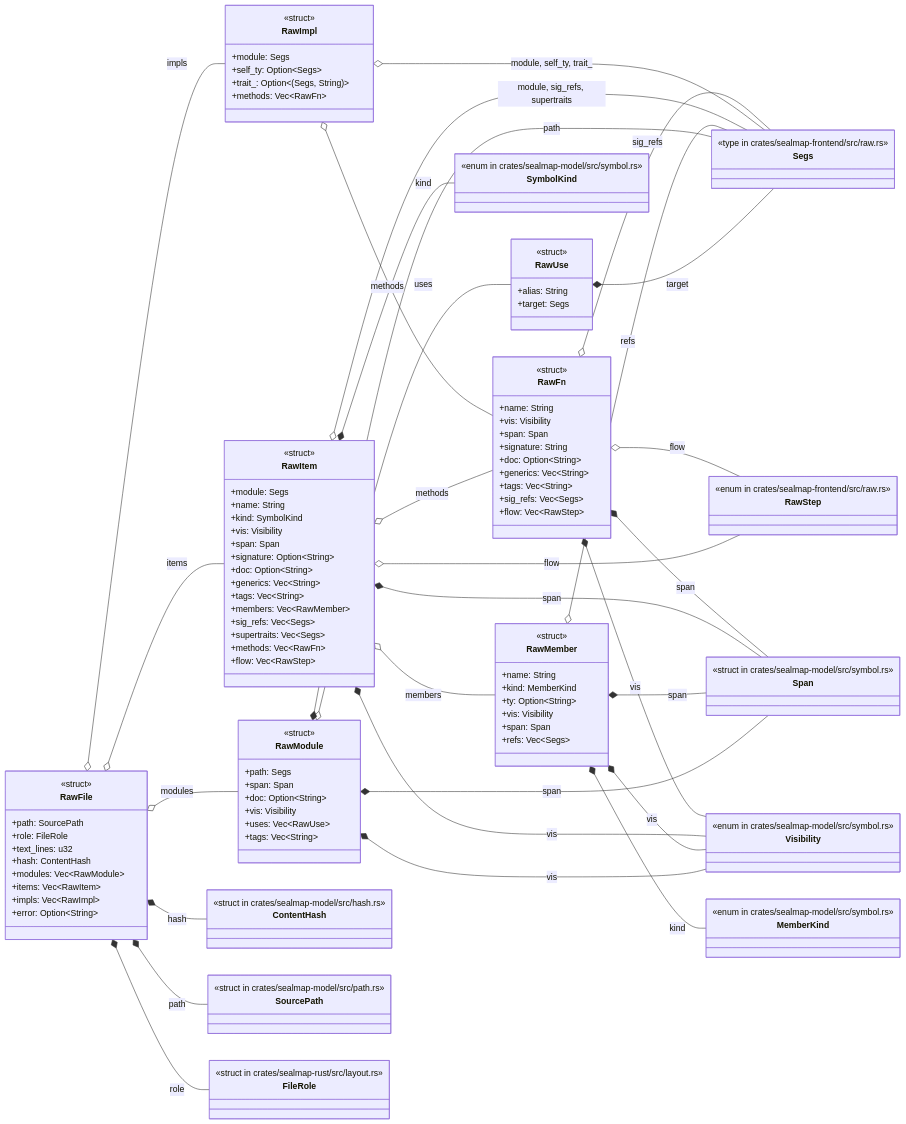
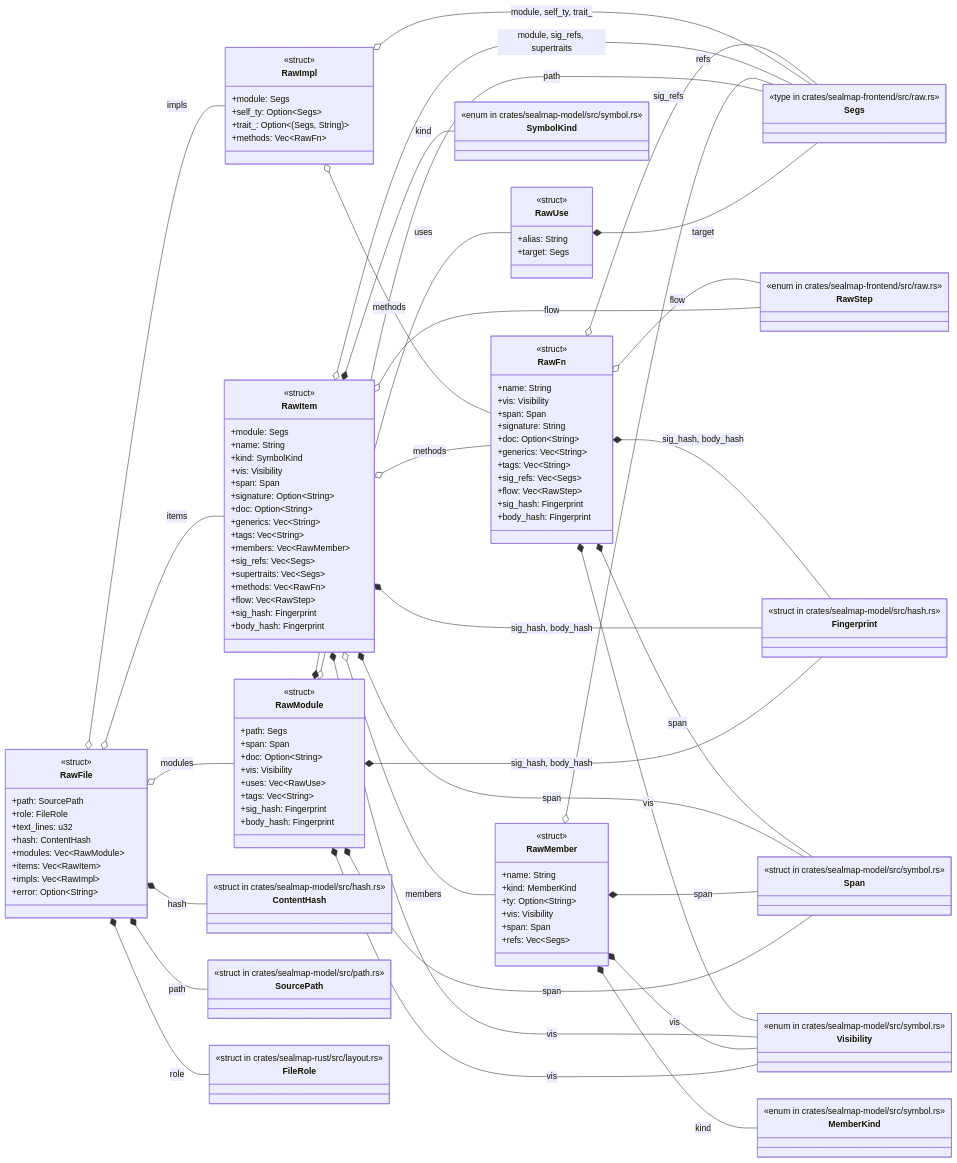
The diagram in docs/sealmap/crates/sealmap-rust/src/raw.rs.md (DreamLab-AI/codemaid), drawn with Mermaid before and after one commit. The commit also changed other lines of this file and 45 other files, not shown here.

First line of the commit message:
docs: regenerate the self-corpus for sym: ids and schema v2

````diff
--- a/docs/sealmap/crates/sealmap-rust/src/raw.rs.md
+++ b/docs/sealmap/crates/sealmap-rust/src/raw.rs.md
@@ -14,7 +14,7 @@
 ```mermaid
 classDiagram
   direction LR
-  class sealmap_rust__raw__RawFile["RawFile"] {
+  class sealmap_rust__raw___tRawFile["RawFile"] {
     <<struct>>
     +path: SourcePath
     +role: FileRole
@@ -25,7 +25,7 @@
     +impls: Vec#lt;RawImpl#gt;
     +error: Option#lt;String#gt;
   }
-  class sealmap_rust__raw__RawFn["RawFn"] {
+  class sealmap_rust__raw___tRawFn["RawFn"] {
     <<struct>>
     +name: String
     +vis: Visibility
@@ -36,15 +36,17 @@
     +tags: Vec#lt;String#gt;
     +sig_refs: Vec#lt;Segs#gt;
     +flow: Vec#lt;RawStep#gt;
+    +sig_hash: Fingerprint
+    +body_hash: Fingerprint
   }
-  class sealmap_rust__raw__RawImpl["RawImpl"] {
+  class sealmap_rust__raw___tRawImpl["RawImpl"] {
     <<struct>>
     +module: Segs
     +self_ty: Option#lt;Segs#gt;
     +trait_: Option#lt;#40;Segs, String#41;#gt;
     +methods: Vec#lt;RawFn#gt;
   }
-  class sealmap_rust__raw__RawItem["RawItem"] {
+  class sealmap_rust__raw___tRawItem["RawItem"] {
     <<struct>>
     +module: Segs
     +name: String
@@ -60,8 +62,10 @@
     +supertraits: Vec#lt;Segs#gt;
     +methods: Vec#lt;RawFn#gt;
     +flow: Vec#lt;RawStep#gt;
+    +sig_hash: Fingerprint
+    +body_hash: Fingerprint
   }
-  class sealmap_rust__raw__RawMember["RawMember"] {
+  class sealmap_rust__raw___tRawMember["RawMember"] {
     <<struct>>
     +name: String
     +kind: MemberKind
@@ -70,7 +74,7 @@
     +span: Span
     +refs: Vec#lt;Segs#gt;
   }
-  class sealmap_rust__raw__RawModule["RawModule"] {
+  class sealmap_rust__raw___tRawModule["RawModule"] {
     <<struct>>
     +path: Segs
     +span: Span
@@ -78,65 +82,73 @@
     +vis: Visibility
     +uses: Vec#lt;RawUse#gt;
     +tags: Vec#lt;String#gt;
+    +sig_hash: Fingerprint
+    +body_hash: Fingerprint
   }
-  class sealmap_rust__raw__RawUse["RawUse"] {
+  class sealmap_rust__raw___tRawUse["RawUse"] {
     <<struct>>
     +alias: String
     +target: Segs
   }
-  class sealmap_model__hash__ContentHash["ContentHash"] {
+  class sealmap_model__hash___tContentHash["ContentHash"] {
     <<struct in crates/sealmap-model/src/hash.rs>>
   }
-  class sealmap_model__path__SourcePath["SourcePath"] {
+  class sealmap_model__path___tSourcePath["SourcePath"] {
     <<struct in crates/sealmap-model/src/path.rs>>
   }
-  class sealmap_rust__layout__FileRole["FileRole"] {
+  class sealmap_rust__layout___tFileRole["FileRole"] {
     <<struct in crates/sealmap-rust/src/layout.rs>>
   }
-  class sealmap_frontend__raw__RawStep["RawStep"] {
+  class sealmap_frontend__raw___tRawStep["RawStep"] {
     <<enum in crates/sealmap-frontend/src/raw.rs>>
   }
-  class sealmap_frontend__raw__Segs["Segs"] {
+  class sealmap_frontend__raw___tSegs["Segs"] {
     <<type in crates/sealmap-frontend/src/raw.rs>>
   }
-  class sealmap_model__symbol__Span["Span"] {
+  class sealmap_model__hash___tFingerprint["Fingerprint"] {
+    <<struct in crates/sealmap-model/src/hash.rs>>
+  }
+  class sealmap_model__symbol___tSpan["Span"] {
     <<struct in crates/sealmap-model/src/symbol.rs>>
   }
-  class sealmap_model__symbol__Visibility["Visibility"] {
+  class sealmap_model__symbol___tVisibility["Visibility"] {
     <<enum in crates/sealmap-model/src/symbol.rs>>
   }
-  class sealmap_model__symbol__SymbolKind["SymbolKind"] {
+  class sealmap_model__symbol___tSymbolKind["SymbolKind"] {
     <<enum in crates/sealmap-model/src/symbol.rs>>
   }
-  class sealmap_model__symbol__MemberKind["MemberKind"] {
+  class sealmap_model__symbol___tMemberKind["MemberKind"] {
     <<enum in crates/sealmap-model/src/symbol.rs>>
   }
-  sealmap_rust__raw__RawFile *-- sealmap_model__hash__ContentHash : hash
-  sealmap_rust__raw__RawFile *-- sealmap_model__path__SourcePath : path
-  sealmap_rust__raw__RawFile *-- sealmap_rust__layout__FileRole : role
-  sealmap_rust__raw__RawFile o-- sealmap_rust__raw__RawImpl : impls
-  sealmap_rust__raw__RawFile o-- sealmap_rust__raw__RawItem : items
-  sealmap_rust__raw__RawFile o-- sealmap_rust__raw__RawModule : modules
-  sealmap_rust__raw__RawFn o-- sealmap_frontend__raw__RawStep : flow
-  sealmap_rust__raw__RawFn o-- sealmap_frontend__raw__Segs : sig_refs
-  sealmap_rust__raw__RawFn *-- sealmap_model__symbol__Span : span
-  sealmap_rust__raw__RawFn *-- sealmap_model__symbol__Visibility : vis
-  sealmap_rust__raw__RawImpl o-- sealmap_frontend__raw__Segs : module, self_ty, trait_
-  sealmap_rust__raw__RawImpl o-- sealmap_rust__raw__RawFn : methods
-  sealmap_rust__raw__RawItem o-- sealmap_frontend__raw__RawStep : flow
-  sealmap_rust__raw__RawItem o-- sealmap_frontend__raw__Segs : module, sig_refs, supertraits
-  sealmap_rust__raw__RawItem *-- sealmap_model__symbol__Span : span
-  sealmap_rust__raw__RawItem *-- sealmap_model__symbol__SymbolKind : kind
-  sealmap_rust__raw__RawItem *-- sealmap_model__symbol__Visibility : vis
-  sealmap_rust__raw__RawItem o-- sealmap_rust__raw__RawFn : methods
-  sealmap_rust__raw__RawItem o-- sealmap_rust__raw__RawMember : members
-  sealmap_rust__raw__RawMember o-- sealmap_frontend__raw__Segs : refs
-  sealmap_rust__raw__RawMember *-- sealmap_model__symbol__MemberKind : kind
-  sealmap_rust__raw__RawMember *-- sealmap_model__symbol__Span : span
-  sealmap_rust__raw__RawMember *-- sealmap_model__symbol__Visibility : vis
-  sealmap_rust__raw__RawModule *-- sealmap_frontend__raw__Segs : path
-  sealmap_rust__raw__RawModule *-- sealmap_model__symbol__Span : span
-  sealmap_rust__raw__RawModule *-- sealmap_model__symbol__Visibility : vis
-  sealmap_rust__raw__RawModule o-- sealmap_rust__raw__RawUse : uses
-  sealmap_rust__raw__RawUse *-- sealmap_frontend__raw__Segs : target
+  sealmap_rust__raw___tRawFile *-- sealmap_model__hash___tContentHash : hash
+  sealmap_rust__raw___tRawFile *-- sealmap_model__path___tSourcePath : path
+  sealmap_rust__raw___tRawFile *-- sealmap_rust__layout___tFileRole : role
+  sealmap_rust__raw___tRawFile o-- sealmap_rust__raw___tRawImpl : impls
+  sealmap_rust__raw___tRawFile o-- sealmap_rust__raw___tRawItem : items
+  sealmap_rust__raw___tRawFile o-- sealmap_rust__raw___tRawModule : modules
+  sealmap_rust__raw___tRawFn o-- sealmap_frontend__raw___tRawStep : flow
+  sealmap_rust__raw___tRawFn o-- sealmap_frontend__raw___tSegs : sig_refs
+  sealmap_rust__raw___tRawFn *-- sealmap_model__hash___tFingerprint : sig_hash, body_hash
+  sealmap_rust__raw___tRawFn *-- sealmap_model__symbol___tSpan : span
+  sealmap_rust__raw___tRawFn *-- sealmap_model__symbol___tVisibility : vis
+  sealmap_rust__raw___tRawImpl o-- sealmap_frontend__raw___tSegs : module, self_ty, trait_
+  sealmap_rust__raw___tRawImpl o-- sealmap_rust__raw___tRawFn : methods
+  sealmap_rust__raw___tRawItem o-- sealmap_frontend__raw___tRawStep : flow
+  sealmap_rust__raw___tRawItem o-- sealmap_frontend__raw___tSegs : module, sig_refs, supertraits
+  sealmap_rust__raw___tRawItem *-- sealmap_model__hash___tFingerprint : sig_hash, body_hash
+  sealmap_rust__raw___tRawItem *-- sealmap_model__symbol___tSpan : span
+  sealmap_rust__raw___tRawItem *-- sealmap_model__symbol___tSymbolKind : kind
+  sealmap_rust__raw___tRawItem *-- sealmap_model__symbol___tVisibility : vis
+  sealmap_rust__raw___tRawItem o-- sealmap_rust__raw___tRawFn : methods
+  sealmap_rust__raw___tRawItem o-- sealmap_rust__raw___tRawMember : members
+  sealmap_rust__raw___tRawMember o-- sealmap_frontend__raw___tSegs : refs
+  sealmap_rust__raw___tRawMember *-- sealmap_model__symbol___tMemberKind : kind
+  sealmap_rust__raw___tRawMember *-- sealmap_model__symbol___tSpan : span
+  sealmap_rust__raw___tRawMember *-- sealmap_model__symbol___tVisibility : vis
+  sealmap_rust__raw___tRawModule *-- sealmap_frontend__raw___tSegs : path
+  sealmap_rust__raw___tRawModule *-- sealmap_model__hash___tFingerprint : sig_hash, body_hash
+  sealmap_rust__raw___tRawModule *-- sealmap_model__symbol___tSpan : span
+  sealmap_rust__raw___tRawModule *-- sealmap_model__symbol___tVisibility : vis
+  sealmap_rust__raw___tRawModule o-- sealmap_rust__raw___tRawUse : uses
+  sealmap_rust__raw___tRawUse *-- sealmap_frontend__raw___tSegs : target
 ```
````
